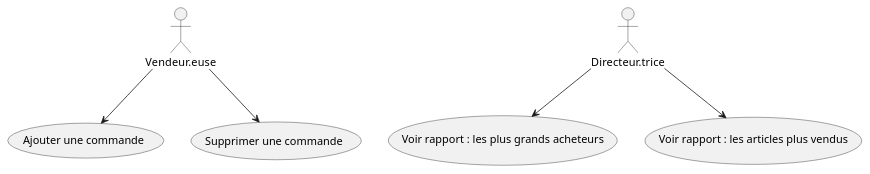
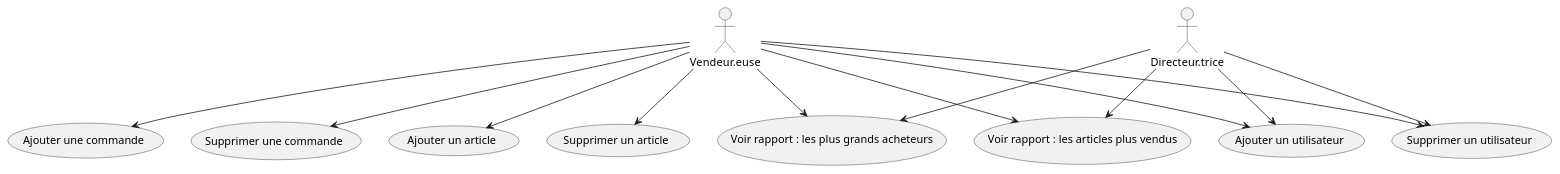
One commit to guteacher/log430-a25-labo2 changed the diagram in docs/uml/use_case.puml. Above: the diagram before and after it, drawn with PlantUML. The commit also changed 1 other file, not shown here.

Commit message:
update diagrams

```diff
--- a/docs/uml/use_case.puml
+++ b/docs/uml/use_case.puml
@@ -1,6 +1,14 @@
 @startuml
     Vendeur.euse --> (Ajouter une commande)
     Vendeur.euse --> (Supprimer une commande)
+    Vendeur.euse --> (Ajouter un article)
+    Vendeur.euse --> (Supprimer un article)
+    Vendeur.euse --> (Ajouter un utilisateur)
+    Vendeur.euse --> (Supprimer un utilisateur)
+    Vendeur.euse--> (Voir rapport : les plus grands acheteurs)
+    Vendeur.euse --> (Voir rapport : les articles plus vendus)
+    Directeur.trice --> (Ajouter un utilisateur)
+    Directeur.trice --> (Supprimer un utilisateur)
     Directeur.trice --> (Voir rapport : les plus grands acheteurs)
     Directeur.trice --> (Voir rapport : les articles plus vendus)
 @enduml
```
